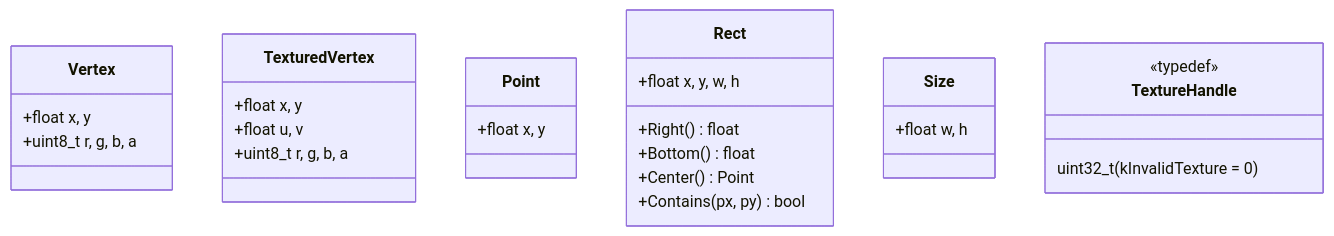
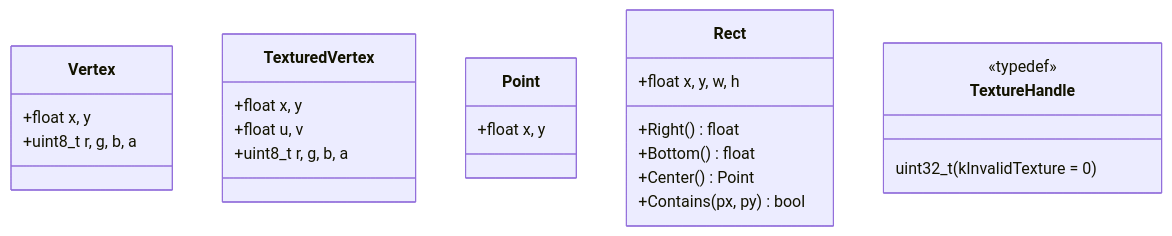
The sixth of 6 diagrams in doc/en/class-diagram.md (yazilimperver/sdl-painter), drawn with Mermaid before and after one commit. The commit also changed 67 other files, not shown here.

````diff
--- a/doc/en/class-diagram.md
+++ b/doc/en/class-diagram.md
@@ -454,29 +454,26 @@
 ```mermaid
 classDiagram
     class Vertex {
         +float x, y
         +uint8_t r, g, b, a
     }
     class TexturedVertex {
         +float x, y
         +float u, v
         +uint8_t r, g, b, a
     }
     class Point {
         +float x, y
     }
     class Rect {
         +float x, y, w, h
         +Right() float
         +Bottom() float
         +Center() Point
         +Contains(px, py) bool
     }
-    class Size {
-        +float w, h
-    }
     class TextureHandle {
         <<typedef>>
         uint32_t (kInvalidTexture = 0)
     }
 ```
````
